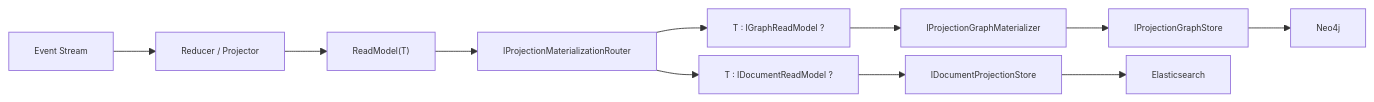
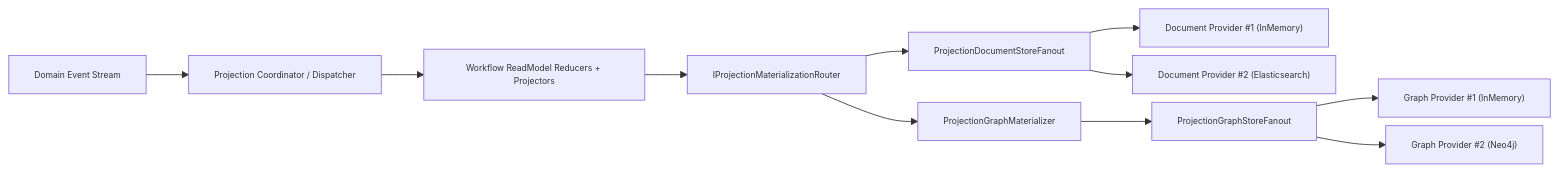
The first of 2 diagrams in docs/architecture/projection-readmodel-full-refactor-plan-2026-02-24.md (aevatarAI/aevatar), drawn with Mermaid before and after one commit. The commit also changed other lines of this file and 36 other files, not shown here.

First line of the commit message:
Refactor Projection ReadModel and Update Audit Scorecard Documentation

````diff
--- a/docs/architecture/projection-readmodel-full-refactor-plan-2026-02-24.md
+++ b/docs/architecture/projection-readmodel-full-refactor-plan-2026-02-24.md
@@ -19,17 +24,17 @@
 ```mermaid
 %%{init: {"maxTextSize": 100000, "flowchart": {"useMaxWidth": false, "nodeSpacing": 10, "rankSpacing": 50}, "themeVariables": {"fontSize": "10px"}}}%%
 flowchart LR
-    A["Event Stream"] --> B["Reducer / Projector"]
-    B --> C["ReadModel(T)"]
-    C --> D["IProjectionMaterializationRouter<T,TKey>"]
+    A["Domain Event Stream"] --> B["Projection Coordinator / Dispatcher"]
+    B --> C["Workflow ReadModel Reducers + Projectors"]
+    C --> D["IProjectionMaterializationRouter<TReadModel,TKey>"]
 
-    D --> E["T : IDocumentReadModel ?"]
-    D --> F["T : IGraphReadModel ?"]
+    D --> E["ProjectionDocumentStoreFanout<TReadModel,TKey>"]
+    D --> F["ProjectionGraphMaterializer<TReadModel>"]
 
-    E --> G["IDocumentProjectionStore<T,TKey>"]
-    F --> H["IProjectionGraphMaterializer<T>"]
-    H --> I["IProjectionGraphStore"]
+    E --> E1["Document Provider #1 (InMemory)"]
+    E --> E2["Document Provider #2 (Elasticsearch)"]
 
-    G --> J["Elasticsearch"]
-    I --> K["Neo4j"]
+    F --> G["ProjectionGraphStoreFanout"]
+    G --> G1["Graph Provider #1 (InMemory)"]
+    G --> G2["Graph Provider #2 (Neo4j)"]
 ```
````
